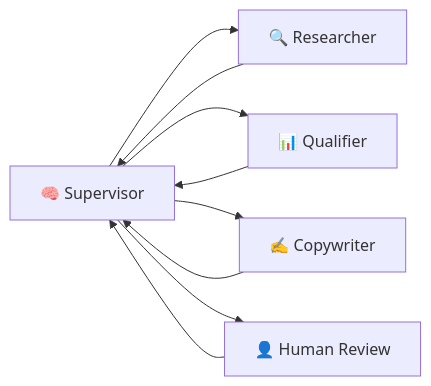
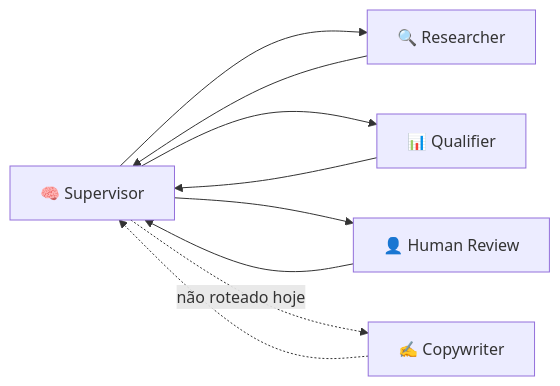
One commit to gfrabelo/odin changed the first of 2 diagrams in README.md. Above: the diagram before and after it, drawn with Mermaid. The commit also changed other lines of this file and 17 other files, not shown here.

````diff
--- a/README.md
+++ b/README.md
@@ -55,11 +55,11 @@
 ```mermaid
 graph LR
     S[🧠 Supervisor] --> R[🔍 Researcher]
     S --> Q[📊 Qualifier]
-    S --> C[✍️ Copywriter]
     S --> H[👤 Human Review]
+    S -.não roteado hoje.-> C[✍️ Copywriter]
     R --> S
     Q --> S
-    C --> S
     H --> S
+    C -.-> S
 ```
````
